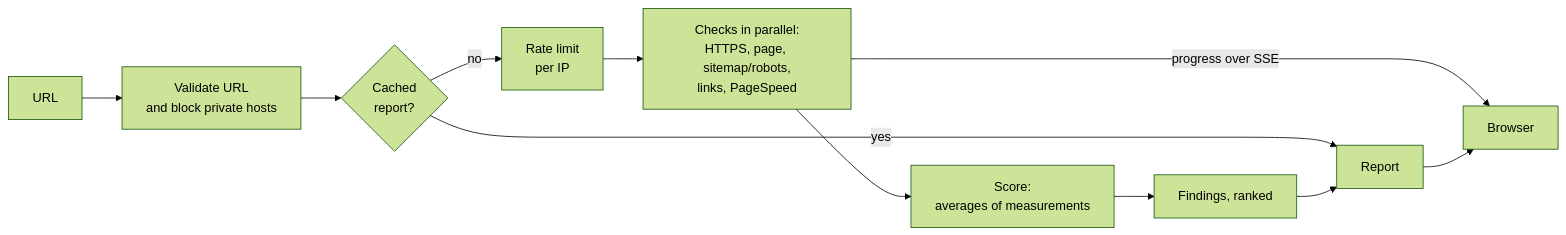
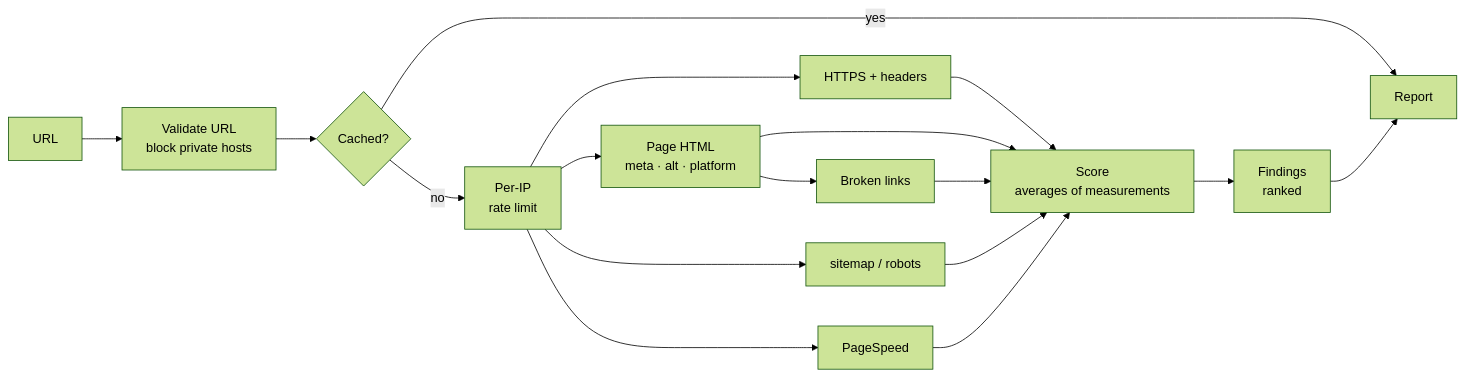
Before and after one commit to leodds21/Website-reviewer: the diagram in README.md, drawn with Mermaid (forest theme). The commit also changed other lines of this file and 4 other files, not shown here.

````diff
--- a/README.md
+++ b/README.md
@@ -42,13 +45,15 @@
 ```mermaid
 flowchart LR
-    A[URL] --> B[Validate URL<br/>and block private hosts]
-    B --> C{Cached<br/>report?}
-    C -- yes --> R[Report]
-    C -- no --> D[Rate limit<br/>per IP]
-    D --> E[Checks in parallel:<br/>HTTPS, page, sitemap/robots,<br/>links, PageSpeed]
-    E -- progress over SSE --> UI[Browser]
-    E --> F[Score:<br/>averages of measurements]
-    F --> G[Findings, ranked]
-    G --> R
-    R --> UI
+    U[URL] --> V[Validate URL<br/>block private hosts]
+    V --> C{Cached?}
+    C -- yes --> R
+    C -- no --> L[Per-IP<br/>rate limit]
+    L --> H[HTTPS + headers]
+    L --> P[Page HTML<br/>meta · alt · platform]
+    P --> K[Broken links]
+    L --> S[sitemap / robots]
+    L --> G[PageSpeed]
+    H & P & K & S & G --> SC[Score<br/>averages of measurements]
+    SC --> F[Findings<br/>ranked]
+    F --> R[Report]
 ```
````
